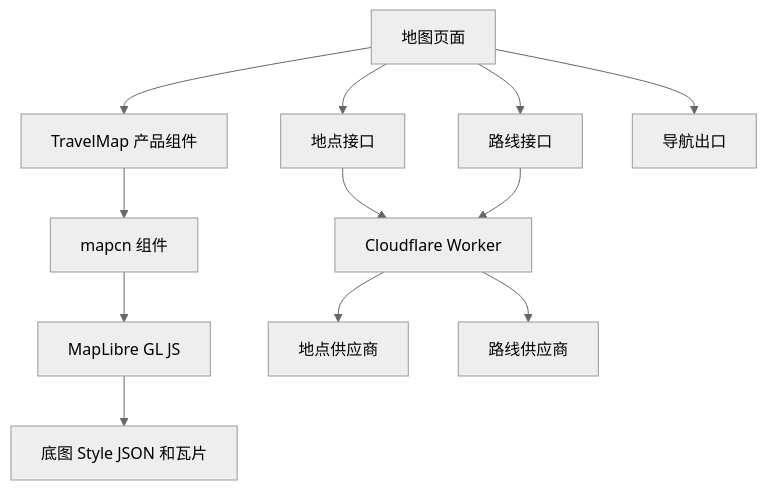
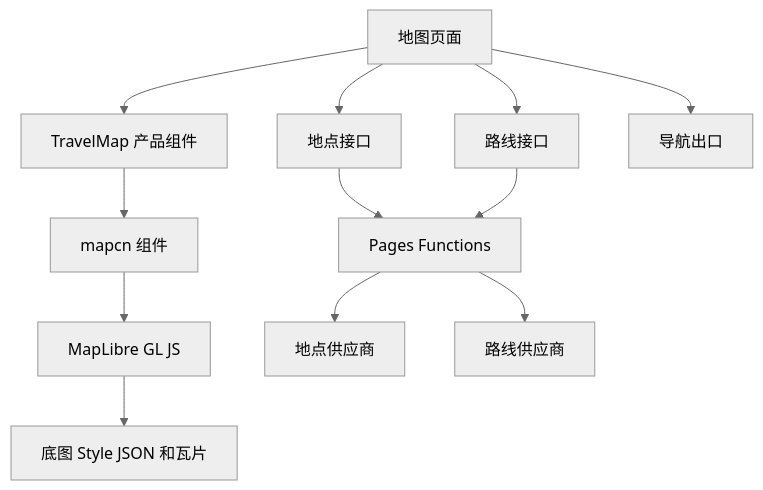
Before and after one commit to pear279/China-Stroll: the eighth of 9 diagrams in references/迭代版.md, drawn with Mermaid (neutral theme). The commit also changed other lines of this file and 12 other files, not shown here.

Commit message:
Move API behind Pages Functions

````diff
--- a/references/迭代版.md
+++ b/references/迭代版.md
@@ -792,14 +792,14 @@
 ```mermaid
 flowchart TB
   UI[地图页面] --> TravelMap[TravelMap 产品组件]
   TravelMap --> Mapcn[mapcn 组件]
   Mapcn --> MapLibre[MapLibre GL JS]
   MapLibre --> Style[底图 Style JSON 和瓦片]
   UI --> Place[地点接口]
   UI --> Route[路线接口]
   UI --> Nav[导航出口]
-  Place --> Worker[Cloudflare Worker]
-  Route --> Worker
-  Worker --> PlaceProvider[地点供应商]
-  Worker --> RouteProvider[路线供应商]
+  Place --> Functions[Pages Functions]
+  Route --> Functions
+  Functions --> PlaceProvider[地点供应商]
+  Functions --> RouteProvider[路线供应商]
 ```
````
